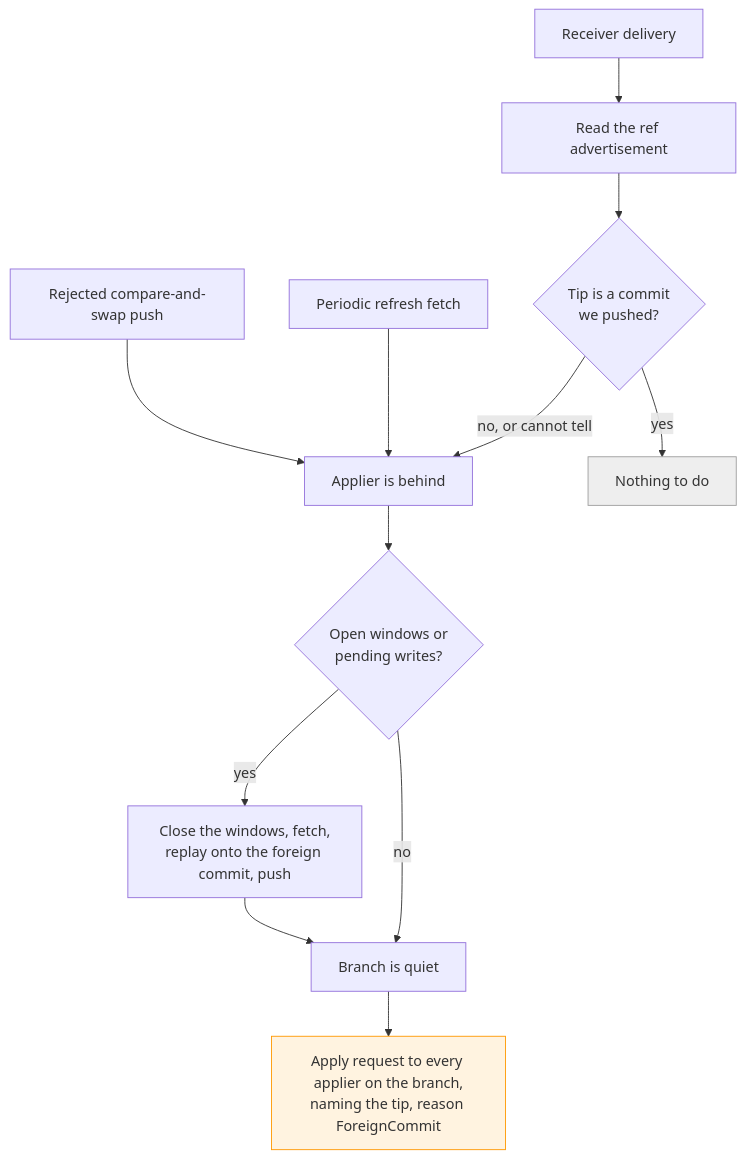
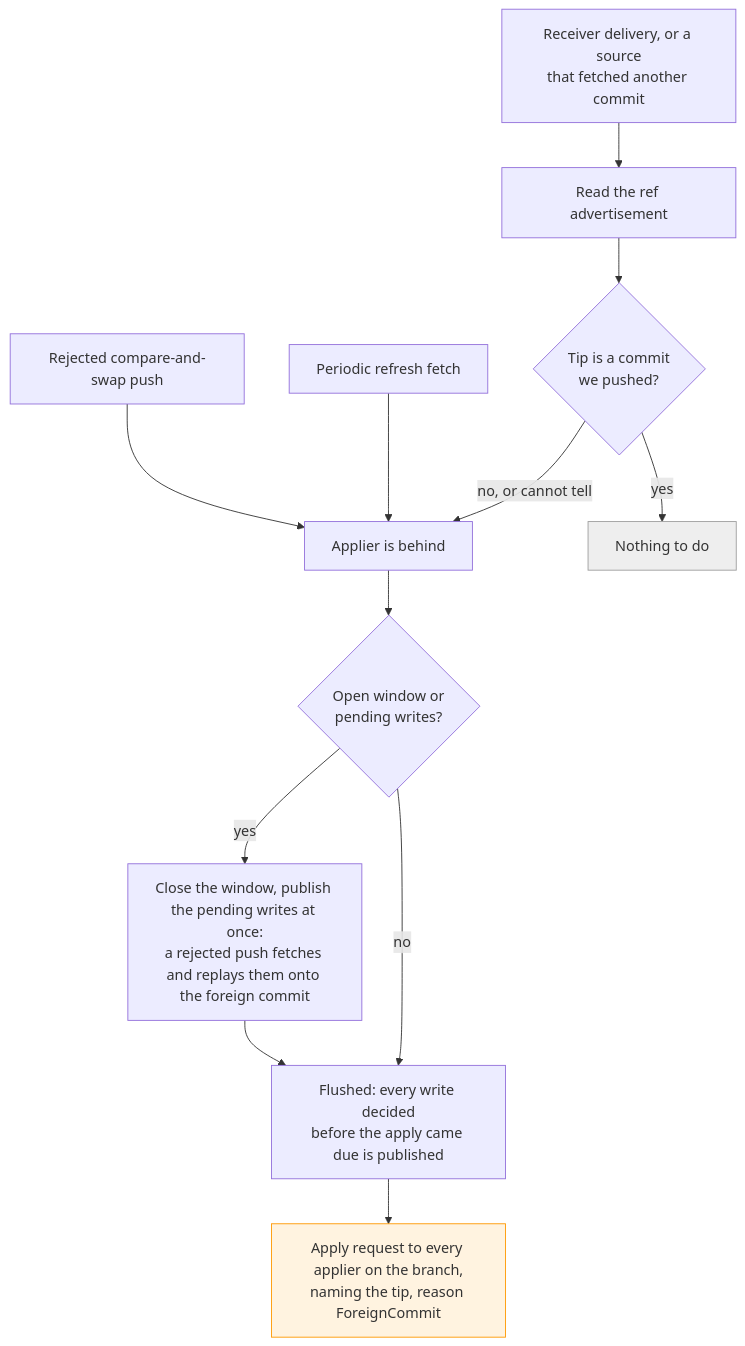
The fifth of 6 diagrams in docs/architecture.md (ConfigButler/gitops-reverser), drawn with Mermaid before and after one commit. The commit also changed other lines of this file and 158 other files, not shown here.

First line of the commit message:
feat!: recognize the applier's own writes, and flush before applying (#425)

````diff
--- a/docs/architecture.md
+++ b/docs/architecture.md
@@ -663,17 +675,17 @@
 ```mermaid
 flowchart TD
-    HINT["Receiver delivery"] --> ADV["Read the ref advertisement"]
+    HINT["Receiver delivery, or a source<br/>that fetched another commit"] --> ADV["Read the ref advertisement"]
     REJECT["Rejected compare-and-swap push"] --> SEEN
     REFRESH["Periodic refresh fetch"] --> SEEN
     ADV --> OURS{"Tip is a commit<br/>we pushed?"}
     OURS -->|yes| DROP["Nothing to do"]
     OURS -->|"no, or cannot tell"| SEEN["Applier is behind"]
-    SEEN --> PENDING{"Open windows or<br/>pending writes?"}
-    PENDING -->|yes| FLUSH["Close the windows, fetch,<br/>replay onto the foreign commit, push"]
-    FLUSH --> QUIET
-    PENDING -->|no| QUIET["Branch is quiet"]
-    QUIET --> REQ["Apply request to every applier on the branch,<br/>naming the tip, reason ForeignCommit"]
+    SEEN --> PENDING{"Open window or<br/>pending writes?"}
+    PENDING -->|yes| FLUSH["Close the window, publish the pending writes at once:<br/>a rejected push fetches and replays them onto the foreign commit"]
+    FLUSH --> FLUSHED
+    PENDING -->|no| FLUSHED["Flushed: every write decided<br/>before the apply came due is published"]
+    FLUSHED --> REQ["Apply request to every applier on the branch,<br/>naming the tip, reason ForeignCommit"]
 
     style DROP fill:#eeeeee,stroke:#9e9e9e
     style REQ fill:#fff3e0,stroke:#ff9800
 ```
````
